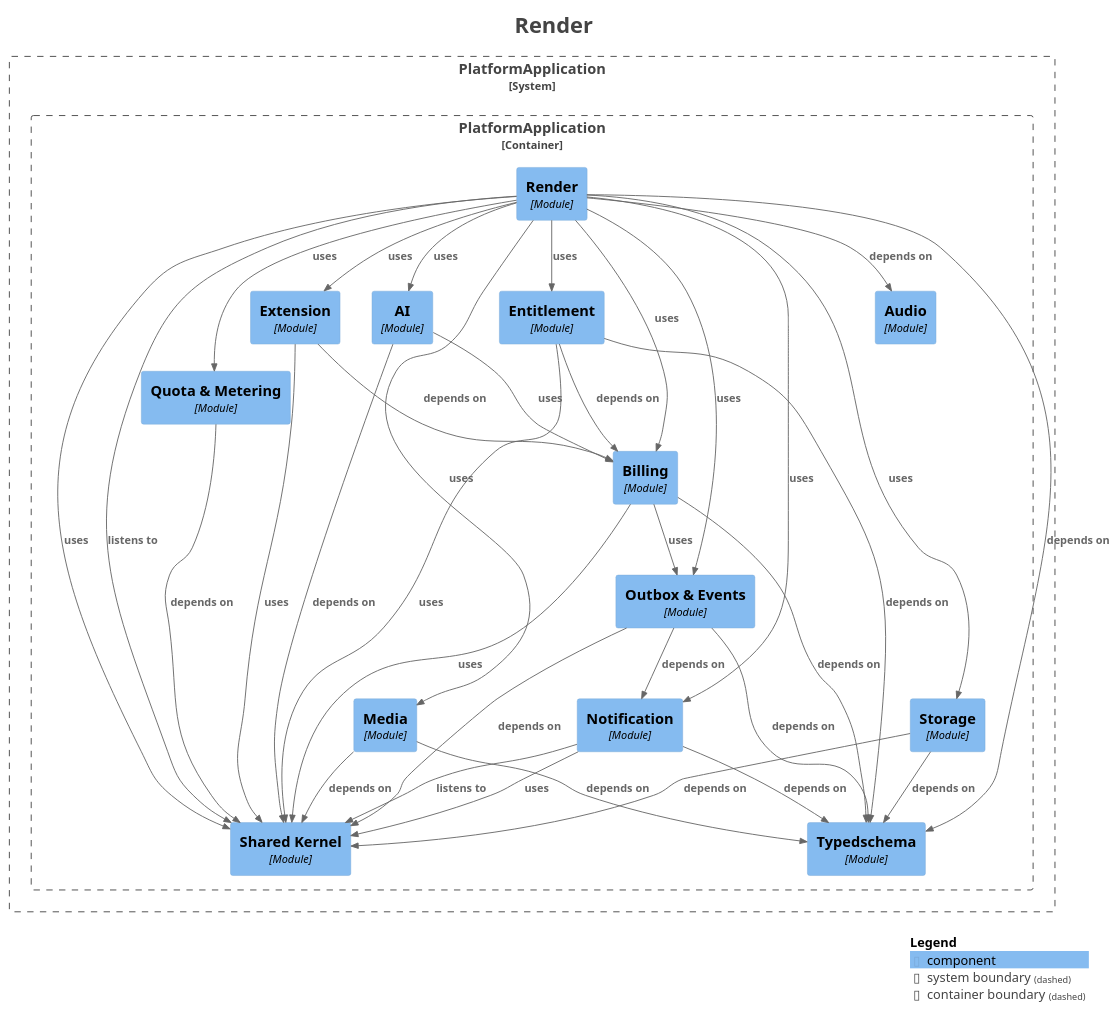
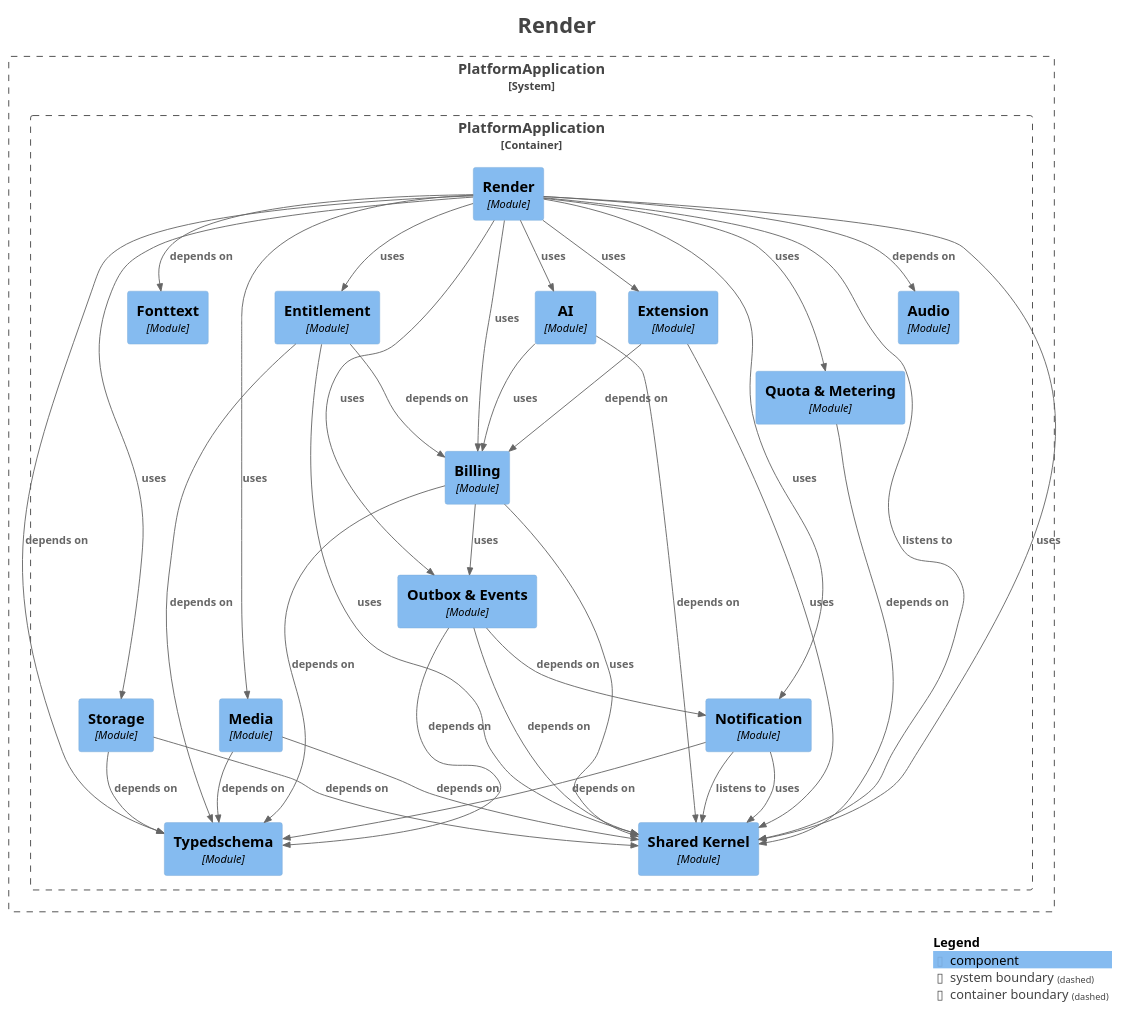
One commit to shangxq007/media-platform changed the diagram in platform-app/docs/architecture/maps/generated/modulith/module-render.puml. Above: the diagram before and after it, drawn with PlantUML. The commit also changed 22 other files, not shown here.

First line of the commit message:
chore(architecture): regenerate modulith component maps after ROADMAP_19 final canonicalization

```diff
--- a/platform-app/docs/architecture/maps/generated/modulith/module-render.puml
+++ b/platform-app/docs/architecture/maps/generated/modulith/module-render.puml
@@ -1,74 +1,76 @@
 @startuml
 title <size:24>Render</size>
 
 set separator none
 top to bottom direction
 
 <style>
   root {
     BackgroundColor: #ffffff
     FontColor: #444444
   }
 </style>
 
 !include <C4/C4>
 !include <C4/C4_Context>
 !include <C4/C4_Component>
 
 System_Boundary("PlatformApplication_boundary", "PlatformApplication", $tags="") {
   Container_Boundary("PlatformApplication.PlatformApplication_boundary", "PlatformApplication", $tags="") {
     Component(PlatformApplication.PlatformApplication.Entitlement, "Entitlement", $techn="Module", $descr="", $tags="", $link="")
     Component(PlatformApplication.PlatformApplication.Extension, "Extension", $techn="Module", $descr="", $tags="", $link="")
+    Component(PlatformApplication.PlatformApplication.Fonttext, "Fonttext", $techn="Module", $descr="", $tags="", $link="")
     Component(PlatformApplication.PlatformApplication.Media, "Media", $techn="Module", $descr="", $tags="", $link="")
     Component(PlatformApplication.PlatformApplication.Notification, "Notification", $techn="Module", $descr="", $tags="", $link="")
+    Component(PlatformApplication.PlatformApplication.AI, "AI", $techn="Module", $descr="", $tags="", $link="")
     Component(PlatformApplication.PlatformApplication.OutboxEvents, "Outbox & Events", $techn="Module", $descr="", $tags="", $link="")
-    Component(PlatformApplication.PlatformApplication.AI, "AI", $techn="Module", $descr="", $tags="", $link="")
     Component(PlatformApplication.PlatformApplication.QuotaMetering, "Quota & Metering", $techn="Module", $descr="", $tags="", $link="")
     Component(PlatformApplication.PlatformApplication.Render, "Render", $techn="Module", $descr="", $tags="", $link="")
     Component(PlatformApplication.PlatformApplication.SharedKernel, "Shared Kernel", $techn="Module", $descr="", $tags="", $link="")
     Component(PlatformApplication.PlatformApplication.Storage, "Storage", $techn="Module", $descr="", $tags="", $link="")
     Component(PlatformApplication.PlatformApplication.Typedschema, "Typedschema", $techn="Module", $descr="", $tags="", $link="")
     Component(PlatformApplication.PlatformApplication.Audio, "Audio", $techn="Module", $descr="", $tags="", $link="")
     Component(PlatformApplication.PlatformApplication.Billing, "Billing", $techn="Module", $descr="", $tags="", $link="")
   }
 
 }
 
+Rel(PlatformApplication.PlatformApplication.Extension, PlatformApplication.PlatformApplication.Billing, "depends on", $techn="", $tags="", $link="")
+Rel(PlatformApplication.PlatformApplication.Extension, PlatformApplication.PlatformApplication.SharedKernel, "uses", $techn="", $tags="", $link="")
 Rel(PlatformApplication.PlatformApplication.OutboxEvents, PlatformApplication.PlatformApplication.SharedKernel, "depends on", $techn="", $tags="", $link="")
 Rel(PlatformApplication.PlatformApplication.OutboxEvents, PlatformApplication.PlatformApplication.Notification, "depends on", $techn="", $tags="", $link="")
 Rel(PlatformApplication.PlatformApplication.OutboxEvents, PlatformApplication.PlatformApplication.Typedschema, "depends on", $techn="", $tags="", $link="")
-Rel(PlatformApplication.PlatformApplication.Entitlement, PlatformApplication.PlatformApplication.Billing, "depends on", $techn="", $tags="", $link="")
-Rel(PlatformApplication.PlatformApplication.Entitlement, PlatformApplication.PlatformApplication.Typedschema, "depends on", $techn="", $tags="", $link="")
-Rel(PlatformApplication.PlatformApplication.Entitlement, PlatformApplication.PlatformApplication.SharedKernel, "uses", $techn="", $tags="", $link="")
-Rel(PlatformApplication.PlatformApplication.Notification, PlatformApplication.PlatformApplication.SharedKernel, "listens to", $techn="", $tags="", $link="")
-Rel(PlatformApplication.PlatformApplication.Notification, PlatformApplication.PlatformApplication.Typedschema, "depends on", $techn="", $tags="", $link="")
-Rel(PlatformApplication.PlatformApplication.Notification, PlatformApplication.PlatformApplication.SharedKernel, "uses", $techn="", $tags="", $link="")
-Rel(PlatformApplication.PlatformApplication.Media, PlatformApplication.PlatformApplication.SharedKernel, "depends on", $techn="", $tags="", $link="")
-Rel(PlatformApplication.PlatformApplication.Media, PlatformApplication.PlatformApplication.Typedschema, "depends on", $techn="", $tags="", $link="")
+Rel(PlatformApplication.PlatformApplication.Storage, PlatformApplication.PlatformApplication.Typedschema, "depends on", $techn="", $tags="", $link="")
+Rel(PlatformApplication.PlatformApplication.Storage, PlatformApplication.PlatformApplication.SharedKernel, "depends on", $techn="", $tags="", $link="")
+Rel(PlatformApplication.PlatformApplication.QuotaMetering, PlatformApplication.PlatformApplication.SharedKernel, "depends on", $techn="", $tags="", $link="")
 Rel(PlatformApplication.PlatformApplication.Billing, PlatformApplication.PlatformApplication.Typedschema, "depends on", $techn="", $tags="", $link="")
 Rel(PlatformApplication.PlatformApplication.Billing, PlatformApplication.PlatformApplication.SharedKernel, "uses", $techn="", $tags="", $link="")
 Rel(PlatformApplication.PlatformApplication.Billing, PlatformApplication.PlatformApplication.OutboxEvents, "uses", $techn="", $tags="", $link="")
-Rel(PlatformApplication.PlatformApplication.QuotaMetering, PlatformApplication.PlatformApplication.SharedKernel, "depends on", $techn="", $tags="", $link="")
-Rel(PlatformApplication.PlatformApplication.Storage, PlatformApplication.PlatformApplication.Typedschema, "depends on", $techn="", $tags="", $link="")
-Rel(PlatformApplication.PlatformApplication.Storage, PlatformApplication.PlatformApplication.SharedKernel, "depends on", $techn="", $tags="", $link="")
-Rel(PlatformApplication.PlatformApplication.AI, PlatformApplication.PlatformApplication.SharedKernel, "depends on", $techn="", $tags="", $link="")
-Rel(PlatformApplication.PlatformApplication.AI, PlatformApplication.PlatformApplication.Billing, "uses", $techn="", $tags="", $link="")
-Rel(PlatformApplication.PlatformApplication.Extension, PlatformApplication.PlatformApplication.Billing, "depends on", $techn="", $tags="", $link="")
-Rel(PlatformApplication.PlatformApplication.Extension, PlatformApplication.PlatformApplication.SharedKernel, "uses", $techn="", $tags="", $link="")
+Rel(PlatformApplication.PlatformApplication.Media, PlatformApplication.PlatformApplication.SharedKernel, "depends on", $techn="", $tags="", $link="")
+Rel(PlatformApplication.PlatformApplication.Media, PlatformApplication.PlatformApplication.Typedschema, "depends on", $techn="", $tags="", $link="")
 Rel(PlatformApplication.PlatformApplication.Render, PlatformApplication.PlatformApplication.SharedKernel, "listens to", $techn="", $tags="", $link="")
+Rel(PlatformApplication.PlatformApplication.Render, PlatformApplication.PlatformApplication.Fonttext, "depends on", $techn="", $tags="", $link="")
 Rel(PlatformApplication.PlatformApplication.Render, PlatformApplication.PlatformApplication.Typedschema, "depends on", $techn="", $tags="", $link="")
 Rel(PlatformApplication.PlatformApplication.Render, PlatformApplication.PlatformApplication.Audio, "depends on", $techn="", $tags="", $link="")
 Rel(PlatformApplication.PlatformApplication.Render, PlatformApplication.PlatformApplication.Storage, "uses", $techn="", $tags="", $link="")
 Rel(PlatformApplication.PlatformApplication.Render, PlatformApplication.PlatformApplication.AI, "uses", $techn="", $tags="", $link="")
 Rel(PlatformApplication.PlatformApplication.Render, PlatformApplication.PlatformApplication.Notification, "uses", $techn="", $tags="", $link="")
 Rel(PlatformApplication.PlatformApplication.Render, PlatformApplication.PlatformApplication.Entitlement, "uses", $techn="", $tags="", $link="")
 Rel(PlatformApplication.PlatformApplication.Render, PlatformApplication.PlatformApplication.Billing, "uses", $techn="", $tags="", $link="")
 Rel(PlatformApplication.PlatformApplication.Render, PlatformApplication.PlatformApplication.Extension, "uses", $techn="", $tags="", $link="")
 Rel(PlatformApplication.PlatformApplication.Render, PlatformApplication.PlatformApplication.OutboxEvents, "uses", $techn="", $tags="", $link="")
 Rel(PlatformApplication.PlatformApplication.Render, PlatformApplication.PlatformApplication.Media, "uses", $techn="", $tags="", $link="")
 Rel(PlatformApplication.PlatformApplication.Render, PlatformApplication.PlatformApplication.SharedKernel, "uses", $techn="", $tags="", $link="")
 Rel(PlatformApplication.PlatformApplication.Render, PlatformApplication.PlatformApplication.QuotaMetering, "uses", $techn="", $tags="", $link="")
+Rel(PlatformApplication.PlatformApplication.Entitlement, PlatformApplication.PlatformApplication.Billing, "depends on", $techn="", $tags="", $link="")
+Rel(PlatformApplication.PlatformApplication.Entitlement, PlatformApplication.PlatformApplication.Typedschema, "depends on", $techn="", $tags="", $link="")
+Rel(PlatformApplication.PlatformApplication.Entitlement, PlatformApplication.PlatformApplication.SharedKernel, "uses", $techn="", $tags="", $link="")
+Rel(PlatformApplication.PlatformApplication.Notification, PlatformApplication.PlatformApplication.SharedKernel, "listens to", $techn="", $tags="", $link="")
+Rel(PlatformApplication.PlatformApplication.Notification, PlatformApplication.PlatformApplication.Typedschema, "depends on", $techn="", $tags="", $link="")
+Rel(PlatformApplication.PlatformApplication.Notification, PlatformApplication.PlatformApplication.SharedKernel, "uses", $techn="", $tags="", $link="")
+Rel(PlatformApplication.PlatformApplication.AI, PlatformApplication.PlatformApplication.SharedKernel, "depends on", $techn="", $tags="", $link="")
+Rel(PlatformApplication.PlatformApplication.AI, PlatformApplication.PlatformApplication.Billing, "uses", $techn="", $tags="", $link="")
 
 SHOW_LEGEND(true)
 hide stereotypes
 @enduml
```
